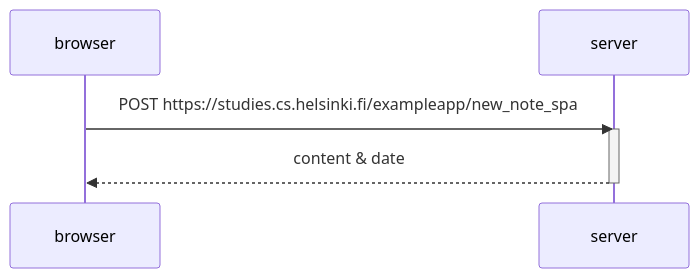
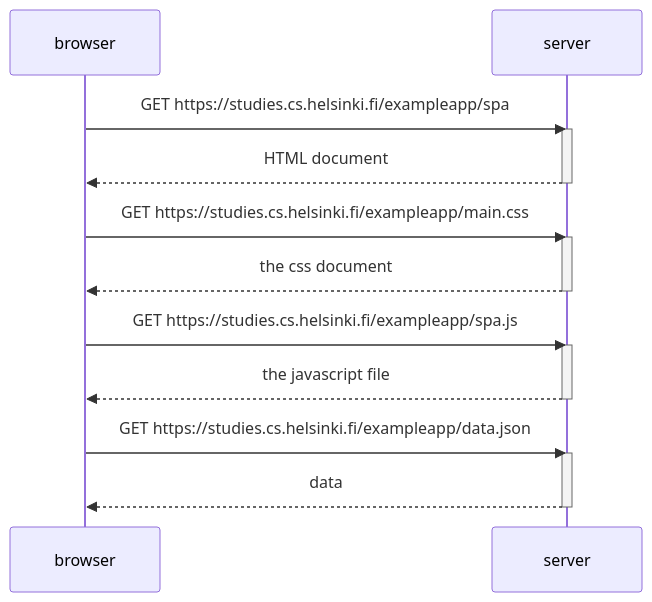
The diagram in 0.5 single page app.md (apeltokangas/fso), drawn with Mermaid before and after one commit.

Commit message:
Update 0.5 single page app.md

````diff
--- a/0.5 single page app.md
+++ b/0.5 single page app.md
@@ -1,11 +1,25 @@
 ```mermaid
 sequenceDiagram
     participant browser
     participant server
     
-    browser->>server: POST  https://studies.cs.helsinki.fi/exampleapp/new_note_spa
+    browser->>server: GET  https://studies.cs.helsinki.fi/exampleapp/spa
     activate server
-    server-->>browser: content & date
+    server-->>browser: HTML document
     deactivate server
-    
+
+    browser->>server: GET  https://studies.cs.helsinki.fi/exampleapp/main.css
+    activate server
+    server-->>browser: the css document
+    deactivate server
+
+    browser->>server: GET  https://studies.cs.helsinki.fi/exampleapp/spa.js
+    activate server
+    server-->>browser: the javascript file
+    deactivate server
+
+    browser->>server: GET  https://studies.cs.helsinki.fi/exampleapp/data.json
+    activate server
+    server-->>browser: data
+    deactivate server
 ``` 
````
